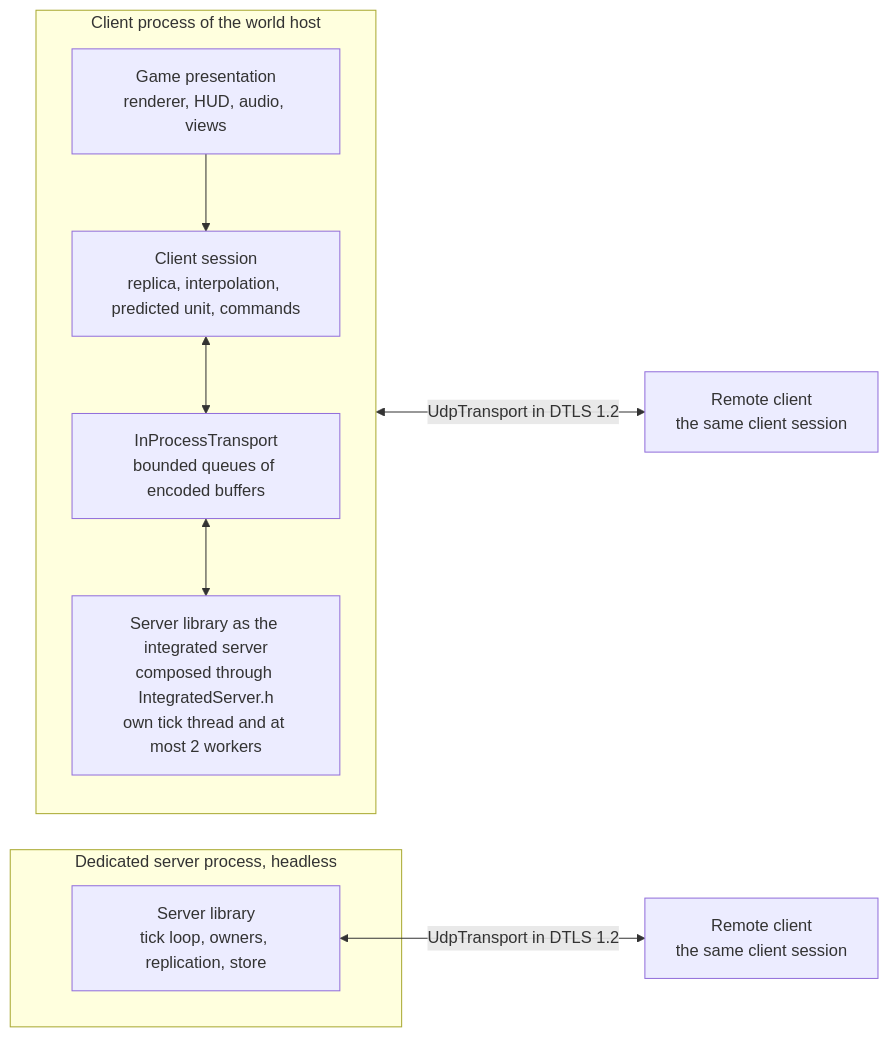
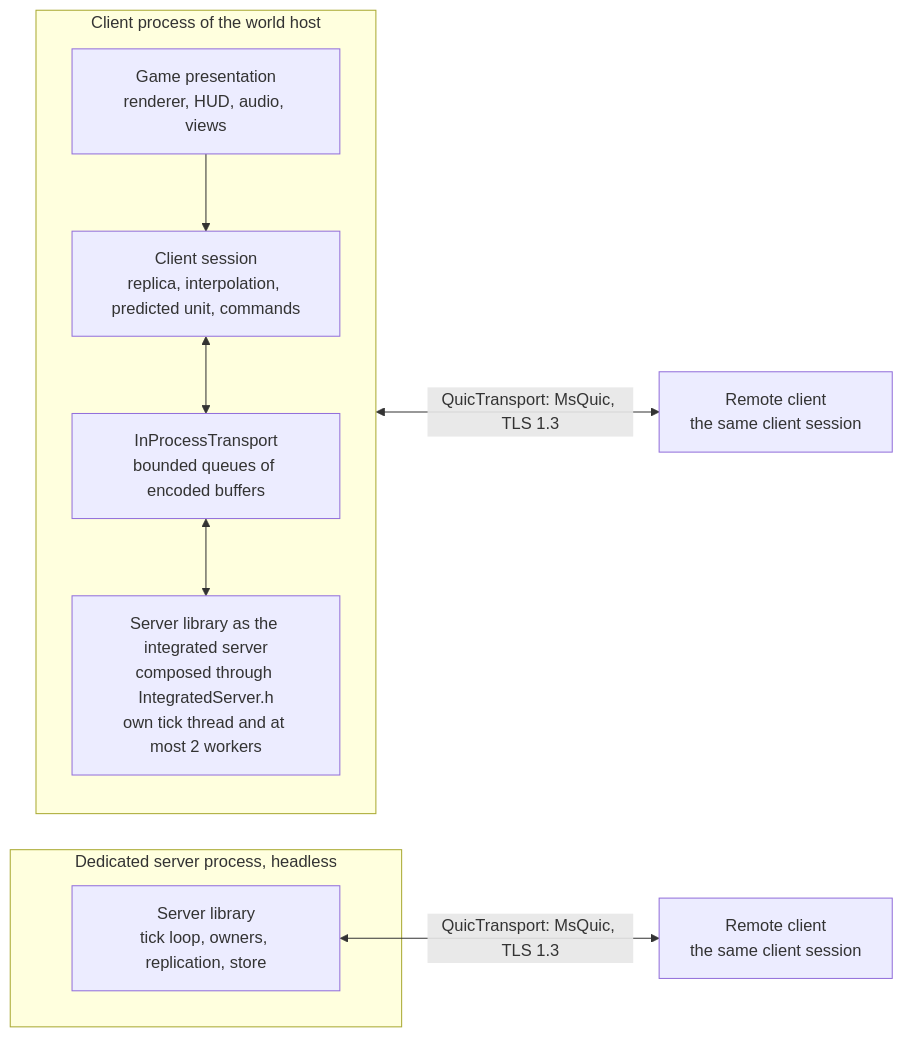
Before and after one commit to Zwaliebaba/Species.AI: the first of 2 diagrams in Design/architecture/04_solution_strategy.md, drawn with Mermaid. The commit also changed other lines of this file and 26 other files, not shown here.

````diff
--- a/Design/architecture/04_solution_strategy.md
+++ b/Design/architecture/04_solution_strategy.md
@@ -70,20 +70,20 @@
 ```mermaid
 flowchart LR
     subgraph HOST["Client process of the world host"]
         direction TB
         PRES["Game presentation<br/>renderer, HUD, audio, views"]
         SESS["Client session<br/>replica, interpolation, predicted unit, commands"]
         INPROC["InProcessTransport<br/>bounded queues of encoded buffers"]
         INTEG["Server library as the integrated server<br/>composed through IntegratedServer.h<br/>own tick thread and at most 2 workers"]
         PRES --> SESS
         SESS <--> INPROC
         INPROC <--> INTEG
     end
     subgraph DED["Dedicated server process, headless"]
         DSRV["Server library<br/>tick loop, owners, replication, store"]
     end
     REMOTE1["Remote client<br/>the same client session"]
     REMOTE2["Remote client<br/>the same client session"]
-    INTEG <-->|"UdpTransport in DTLS 1.2"| REMOTE1
-    DSRV <-->|"UdpTransport in DTLS 1.2"| REMOTE2
+    INTEG <-->|"QuicTransport: MsQuic, TLS 1.3"| REMOTE1
+    DSRV <-->|"QuicTransport: MsQuic, TLS 1.3"| REMOTE2
 ```
````
